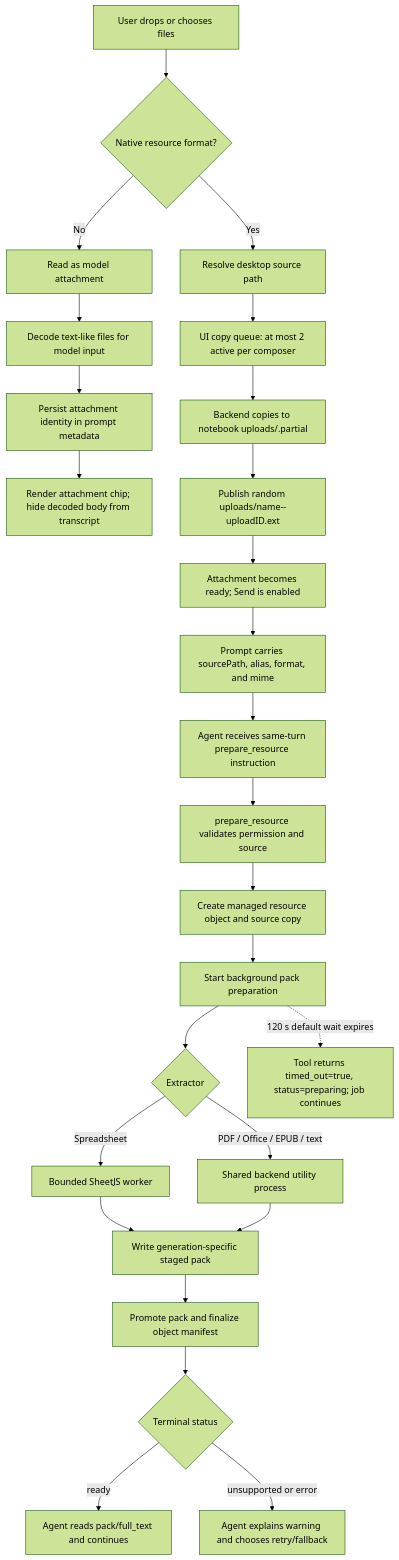
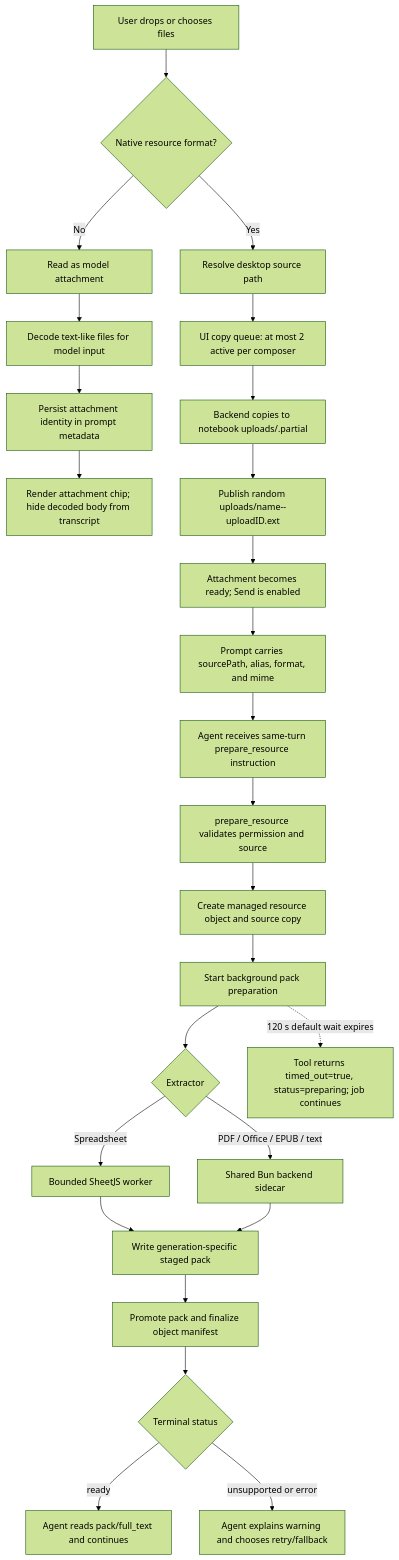
Before and after one commit to buddy-hq/buddy: the diagram in docs/features/prepare-resource/design.md, drawn with Mermaid (forest theme). The commit also changed other lines of this file and 102 other files, not shown here.

First line of the commit message:
feat: run the packaged backend on a Bun-compiled sidecar, the same stack OpenCode v2 uses

````diff
--- a/docs/features/prepare-resource/design.md
+++ b/docs/features/prepare-resource/design.md
@@ -111,29 +111,29 @@
 ```mermaid
 flowchart TD
   A["User drops or chooses files"] --> B{"Native resource format?"}
   B -- "No" --> C["Read as model attachment"]
   C --> D["Decode text-like files for model input"]
   D --> E["Persist attachment identity in prompt metadata"]
   E --> F["Render attachment chip; hide decoded body from transcript"]
 
   B -- "Yes" --> G["Resolve desktop source path"]
   G --> H["UI copy queue: at most 2 active per composer"]
   H --> I["Backend copies to notebook uploads/.partial"]
   I --> J["Publish random uploads/name--uploadID.ext"]
   J --> K["Attachment becomes ready; Send is enabled"]
   K --> L["Prompt carries sourcePath, alias, format, and mime"]
   L --> M["Agent receives same-turn prepare_resource instruction"]
   M --> N["prepare_resource validates permission and source"]
   N --> O["Create managed resource object and source copy"]
   O --> P["Start background pack preparation"]
   P --> Q{"Extractor"}
   Q -- "Spreadsheet" --> R["Bounded SheetJS worker"]
-  Q -- "PDF / Office / EPUB / text" --> S["Shared backend utility process"]
+  Q -- "PDF / Office / EPUB / text" --> S["Shared Bun backend sidecar"]
   R --> T["Write generation-specific staged pack"]
   S --> T
   T --> U["Promote pack and finalize object manifest"]
   U --> V{"Terminal status"}
   V -- "ready" --> W["Agent reads pack/full_text and continues"]
   V -- "unsupported or error" --> X["Agent explains warning and chooses retry/fallback"]
   P -. "120 s default wait expires" .-> Y["Tool returns timed_out=true, status=preparing; job continues"]
 ```
````
